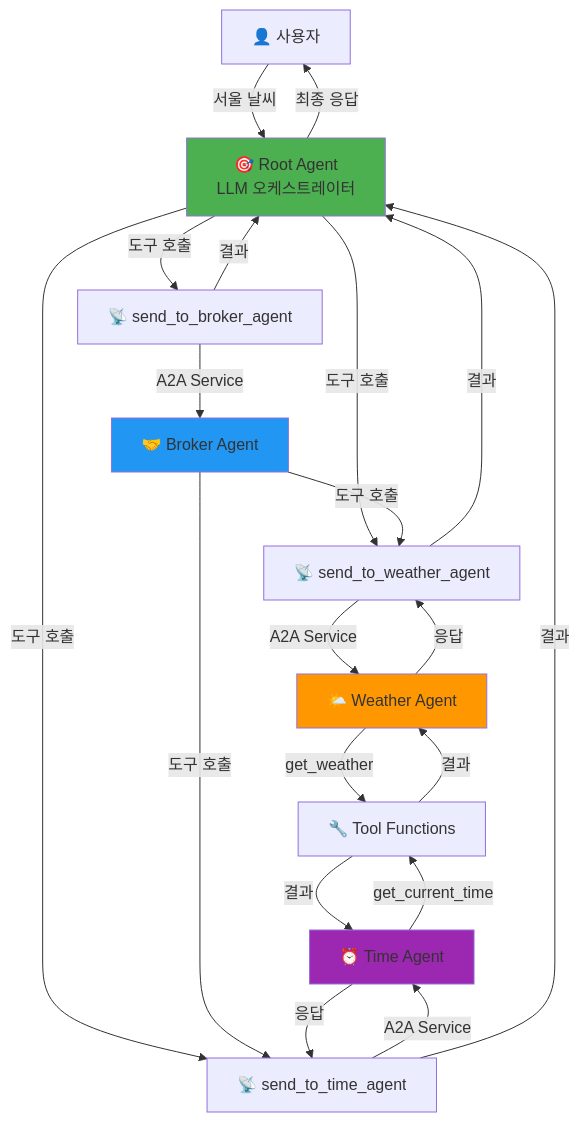
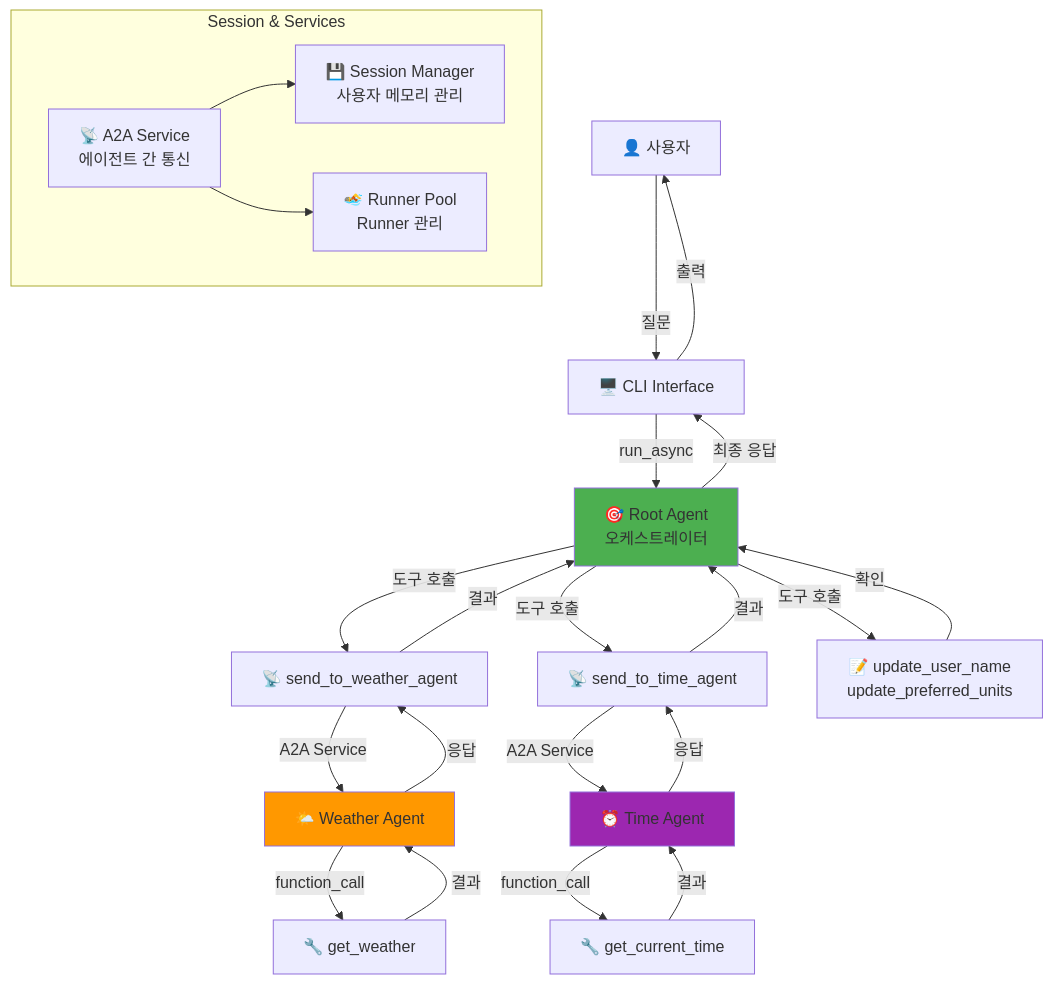
One commit to JAEKWANG97/A2A_test changed the first of 3 diagrams in README.md. Above: the diagram before and after it, drawn with Mermaid. The commit also changed other lines of this file, not shown here.

Commit message:
Update README: Professional documentation with clear service flows and agent roles

````diff
--- a/README.md
+++ b/README.md
@@ -16,35 +21,41 @@
 ```mermaid
 graph TB
-    User[👤 사용자] -->|"서울 날씨"| RootAgent[🎯 Root Agent<br/>LLM 오케스트레이터]
+    User[👤 사용자] -->|질문| CLI[🖥️ CLI Interface]
+    CLI -->|run_async| RootAgent[🎯 Root Agent<br/>오케스트레이터]
     
-    RootAgent -->|도구 호출| SendWeather[📡 send_to_weather_agent]
-    RootAgent -->|도구 호출| SendTime[📡 send_to_time_agent]
-    RootAgent -->|도구 호출| SendBroker[📡 send_to_broker_agent]
+    RootAgent -->|도구 호출| WeatherTool[📡 send_to_weather_agent]
+    RootAgent -->|도구 호출| TimeTool[📡 send_to_time_agent]
+    RootAgent -->|도구 호출| MemoryTool[📝 update_user_name<br/>update_preferred_units]
     
-    SendWeather -->|A2A Service| WeatherAgent[🌤️ Weather Agent]
-    SendTime -->|A2A Service| TimeAgent[⏰ Time Agent]
-    SendBroker -->|A2A Service| BrokerAgent[🤝 Broker Agent]
+    WeatherTool -->|A2A Service| WeatherAgent[🌤️ Weather Agent]
+    TimeTool -->|A2A Service| TimeAgent[⏰ Time Agent]
     
-    BrokerAgent -->|도구 호출| SendWeather
-    BrokerAgent -->|도구 호출| SendTime
+    WeatherAgent -->|function_call| GetWeather[🔧 get_weather]
+    TimeAgent -->|function_call| GetTime[🔧 get_current_time]
     
-    WeatherAgent -->|get_weather| Tools[🔧 Tool Functions]
-    TimeAgent -->|get_current_time| Tools
+    GetWeather -->|결과| WeatherAgent
+    GetTime -->|결과| TimeAgent
     
-    Tools -->|결과| WeatherAgent
-    Tools -->|결과| TimeAgent
+    WeatherAgent -->|응답| WeatherTool
+    TimeAgent -->|응답| TimeTool
     
-    WeatherAgent -->|응답| SendWeather
-    TimeAgent -->|응답| SendTime
+    WeatherTool -->|결과| RootAgent
+    TimeTool -->|결과| RootAgent
+    MemoryTool -->|확인| RootAgent
     
-    SendWeather -->|결과| RootAgent
-    SendTime -->|결과| RootAgent
-    SendBroker -->|결과| RootAgent
+    RootAgent -->|최종 응답| CLI
+    CLI -->|출력| User
     
-    RootAgent -->|최종 응답| User
+    subgraph "Session & Services"
+        SessionMgr[💾 Session Manager<br/>사용자 메모리 관리]
+        A2AService[📡 A2A Service<br/>에이전트 간 통신]
+        RunnerPool[🏊 Runner Pool<br/>Runner 관리]
+    end
+    
+    A2AService --> SessionMgr
+    A2AService --> RunnerPool
     
     style RootAgent fill:#4CAF50
-    style BrokerAgent fill:#2196F3
     style WeatherAgent fill:#FF9800
     style TimeAgent fill:#9C27B0
 ```
````
